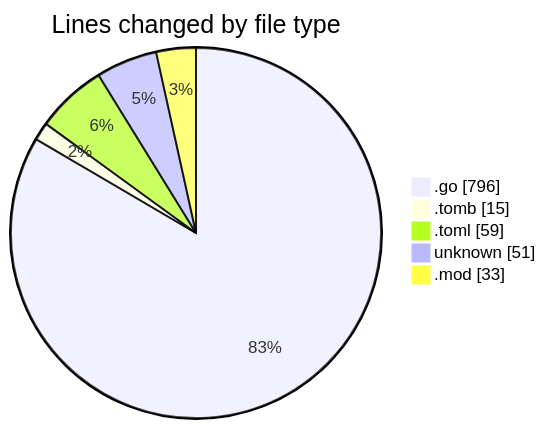
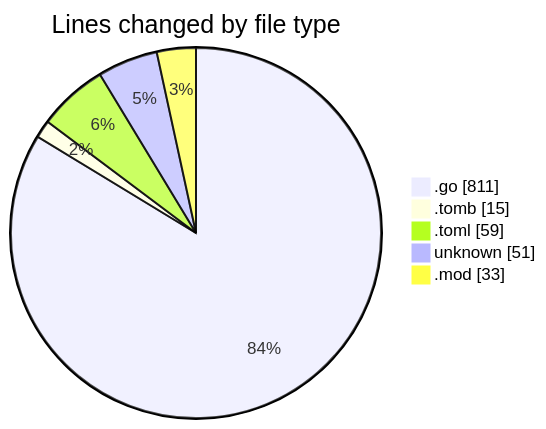
The first of 2 diagrams in 2025-10-31/backend/README.md (Ritupan-Deka/code-tracking), drawn with Mermaid before and after one commit. The commit also changed other lines of this file and 1 other file, not shown here.

````diff
--- a/2025-10-31/backend/README.md
+++ b/2025-10-31/backend/README.md
@@ -29,9 +29,9 @@
 ```mermaid
 pie showData
 title Lines changed by file type
-".go" : 796
+".go" : 811
 ".tomb" : 15
 ".toml" : 59
 "unknown" : 51
 ".mod" : 33
 ```
````
